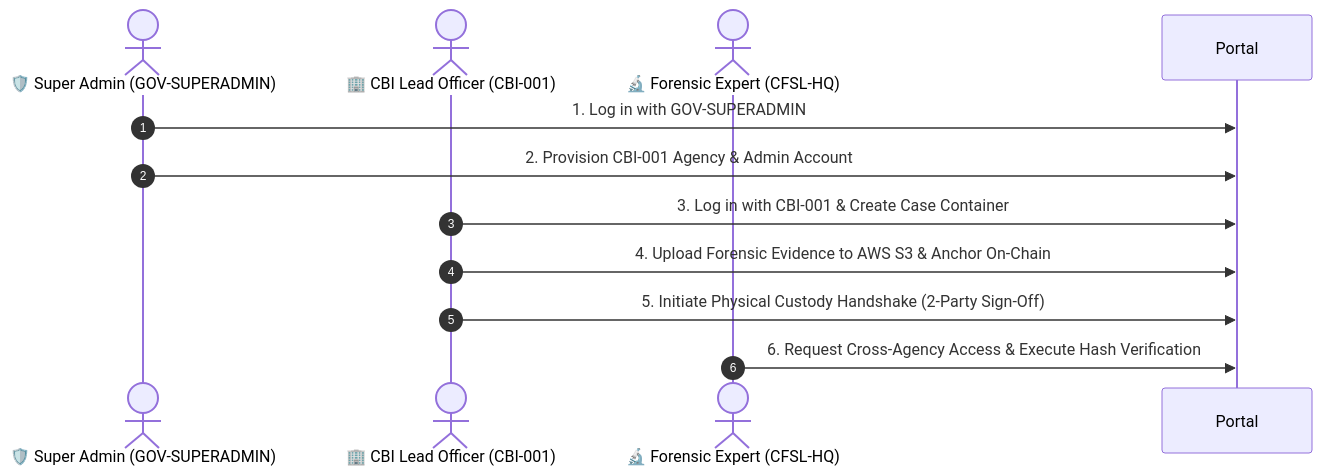
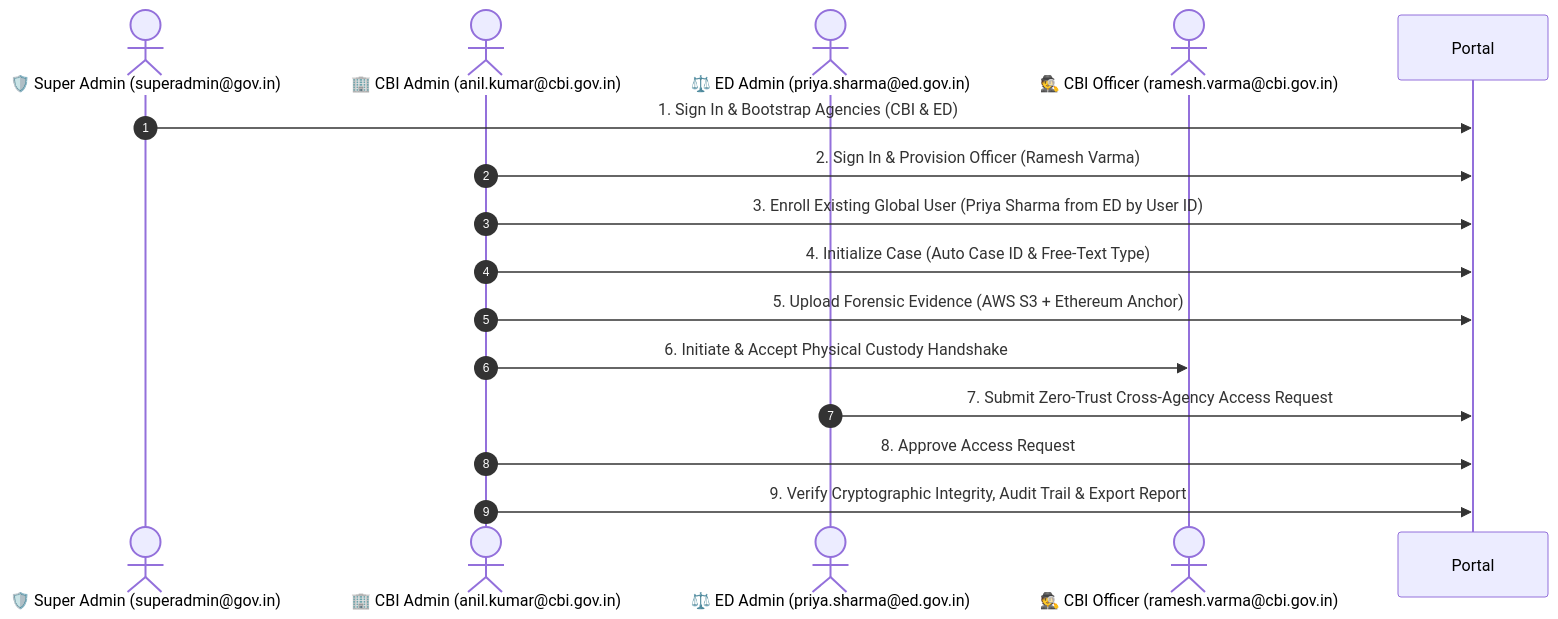
The second of 2 diagrams in frontend/user_story_demo_guide.md (MasirJafri1/sdems-evidence-management-system), drawn with Mermaid before and after one commit. The commit also changed other lines of this file and 9 other files, not shown here.

Commit message:
feat: add global super admin case visibility, org case filtering, and update demo guide

````diff
--- a/frontend/user_story_demo_guide.md
+++ b/frontend/user_story_demo_guide.md
@@ -21,14 +108,18 @@
 ```mermaid
 sequenceDiagram
     autonumber
-    actor SuperAdmin as 🛡️ Super Admin (GOV-SUPERADMIN)
-    actor CBIAdmin as 🏢 CBI Lead Officer (CBI-001)
-    actor CFSLUser as 🔬 Forensic Expert (CFSL-HQ)
+    actor SA as 🛡️ Super Admin (superadmin@gov.in)
+    actor CBI as 🏢 CBI Admin (anil.kumar@cbi.gov.in)
+    actor ED as ⚖️ ED Admin (priya.sharma@ed.gov.in)
+    actor IO as 🕵️ CBI Officer (ramesh.varma@cbi.gov.in)
 
-    SuperAdmin->>Portal: 1. Log in with GOV-SUPERADMIN
-    SuperAdmin->>Portal: 2. Provision CBI-001 Agency & Admin Account
-    CBIAdmin->>Portal: 3. Log in with CBI-001 & Create Case Container
-    CBIAdmin->>Portal: 4. Upload Forensic Evidence to AWS S3 & Anchor On-Chain
-    CBIAdmin->>Portal: 5. Initiate Physical Custody Handshake (2-Party Sign-Off)
-    CFSLUser->>Portal: 6. Request Cross-Agency Access & Execute Hash Verification
+    SA->>Portal: 1. Sign In & Bootstrap Agencies (CBI & ED)
+    CBI->>Portal: 2. Sign In & Provision Officer (Ramesh Varma)
+    CBI->>Portal: 3. Enroll Existing Global User (Priya Sharma from ED by User ID)
+    CBI->>Portal: 4. Initialize Case (Auto Case ID & Free-Text Type)
+    CBI->>Portal: 5. Upload Forensic Evidence (AWS S3 + Ethereum Anchor)
+    CBI->>IO: 6. Initiate & Accept Physical Custody Handshake
+    ED->>Portal: 7. Submit Zero-Trust Cross-Agency Access Request
+    CBI->>Portal: 8. Approve Access Request
+    CBI->>Portal: 9. Verify Cryptographic Integrity, Audit Trail & Export Report
 ```
````
